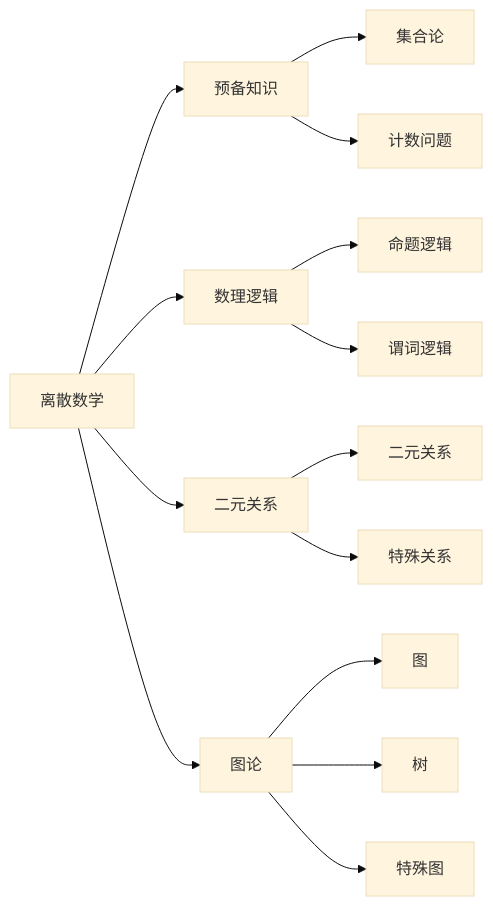
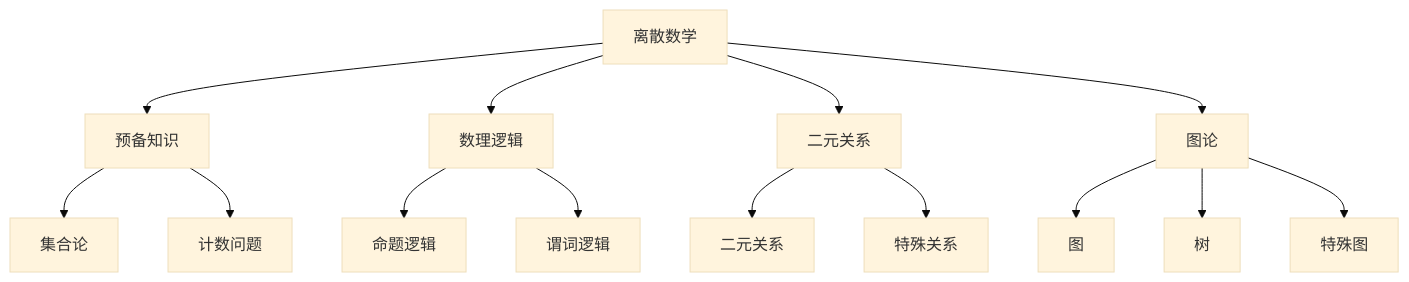
One commit to lanzinytt/lanzinytt.github.io changed the diagram in _posts/uestc_course/2025-06-02-Discrete_mathematics.md. Above: the diagram before and after it, drawn with Mermaid (base theme). The commit also changed 2 other files, not shown here.

Commit message:
篮球裁判和java程序设计初稿

```diff
--- a/_posts/uestc_course/2025-06-02-Discrete_mathematics.md
+++ b/_posts/uestc_course/2025-06-02-Discrete_mathematics.md
@@ -18,20 +18,20 @@
 <div class="mermaid">
-flowchart LR
+graph TD
     A[离散数学] --> B[预备知识]
     A --> C[数理逻辑]
     A --> D[二元关系]
     A --> E[图论]
     
     B --> B1[集合论]
     B --> B2[计数问题]
     
     C --> C1[命题逻辑]
     C --> C2[谓词逻辑]
     
     D --> D1[二元关系]
     D --> D2[特殊关系]
     
     E --> E1[图]
     E --> E2[树]
     E --> E3[特殊图]
 </div>
```
